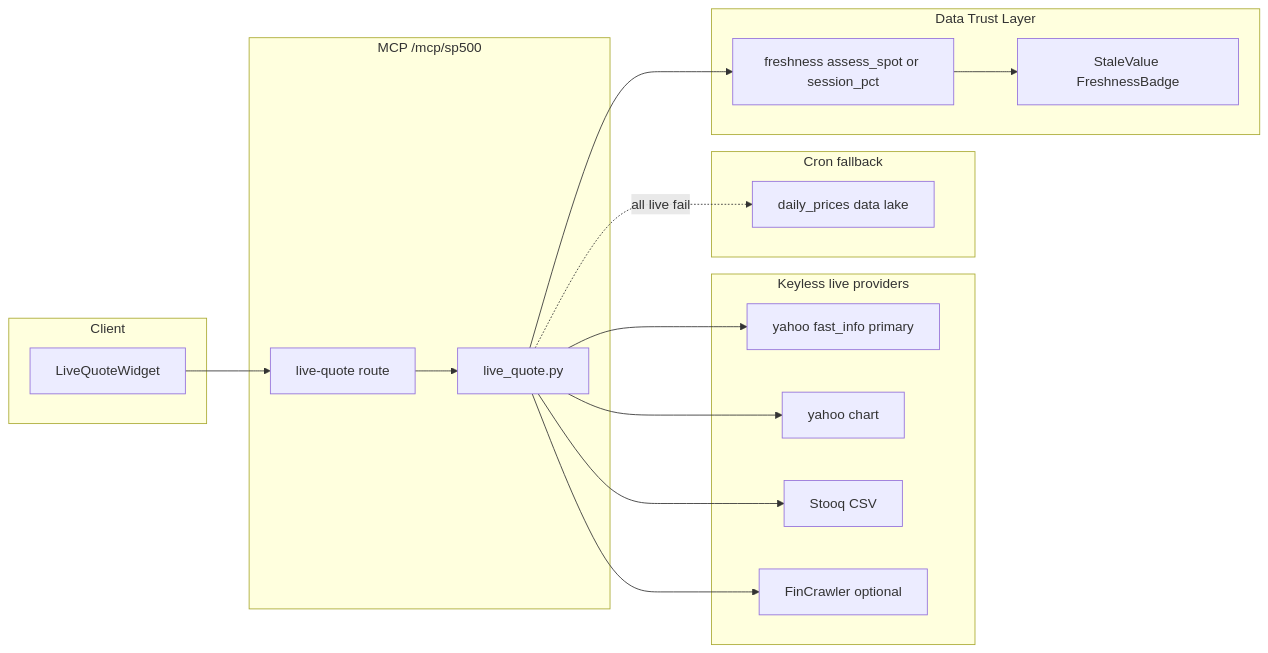
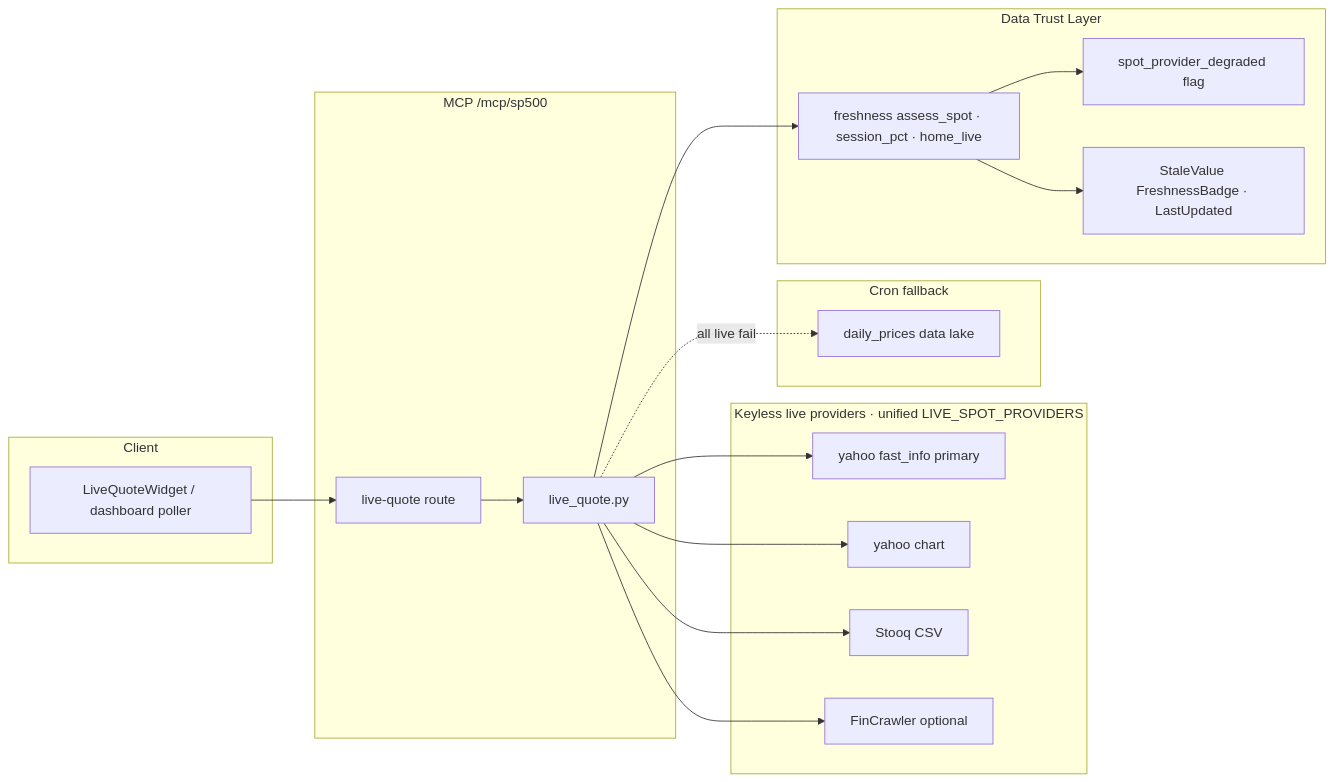
The fifth of 6 diagrams in docs/ARCHITECTURE.md (manojsilwal/tradetalkapp), drawn with Mermaid before and after one commit. The commit also changed other lines of this file, not shown here.

First line of the commit message:
Update architecture diagrams for GCP Cloud Run + freshness work

````diff
--- a/docs/ARCHITECTURE.md
+++ b/docs/ARCHITECTURE.md
@@ -525,30 +547,33 @@
 ```mermaid
 flowchart LR
   subgraph client [Client]
-    W[LiveQuoteWidget]
+    W[LiveQuoteWidget / dashboard poller]
   end
   subgraph mcp [MCP /mcp/sp500]
     RQ[live-quote route]
     ENG[live_quote.py]
   end
-  subgraph live [Keyless live providers]
+  subgraph live [Keyless live providers · unified LIVE_SPOT_PROVIDERS]
     YFI[yahoo fast_info primary]
     YCH[yahoo chart]
     ST[Stooq CSV]
     FC[FinCrawler optional]
   end
   subgraph fallback [Cron fallback]
     LAKE[daily_prices data lake]
   end
   subgraph trust [Data Trust Layer]
-    FRESH[freshness assess_spot or session_pct]
-    UI[StaleValue FreshnessBadge]
+    FRESH[freshness assess_spot · session_pct · home_live]
+    DEG[spot_provider_degraded flag]
+    UI[StaleValue FreshnessBadge · LastUpdated]
   end
   W --> RQ --> ENG
   ENG --> YFI
   ENG --> YCH
   ENG --> ST
   ENG --> FC
   ENG -.->|all live fail| LAKE
-  ENG --> FRESH --> UI
+  ENG --> FRESH
+  FRESH --> DEG
+  FRESH --> UI
 ```
````
